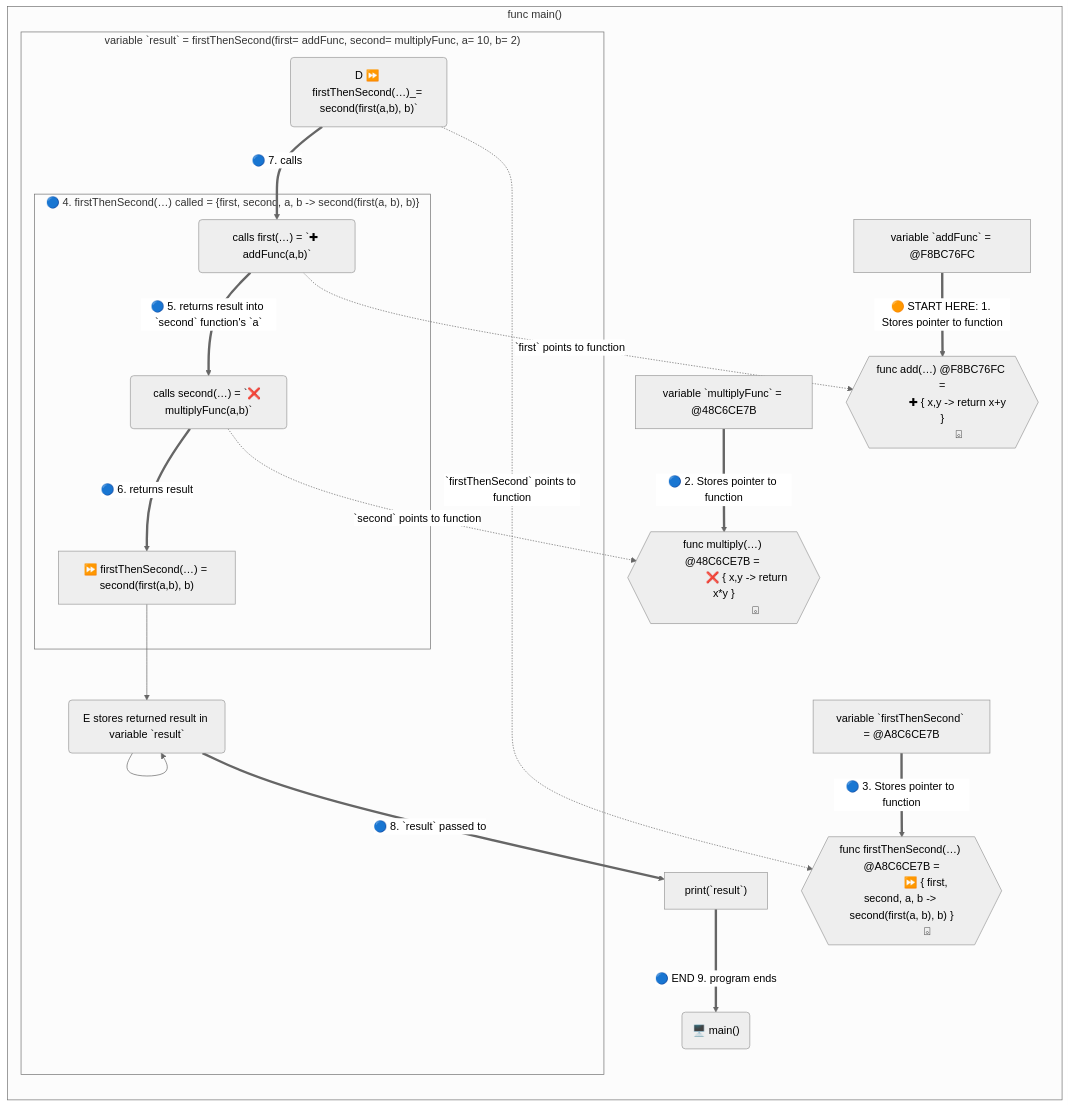
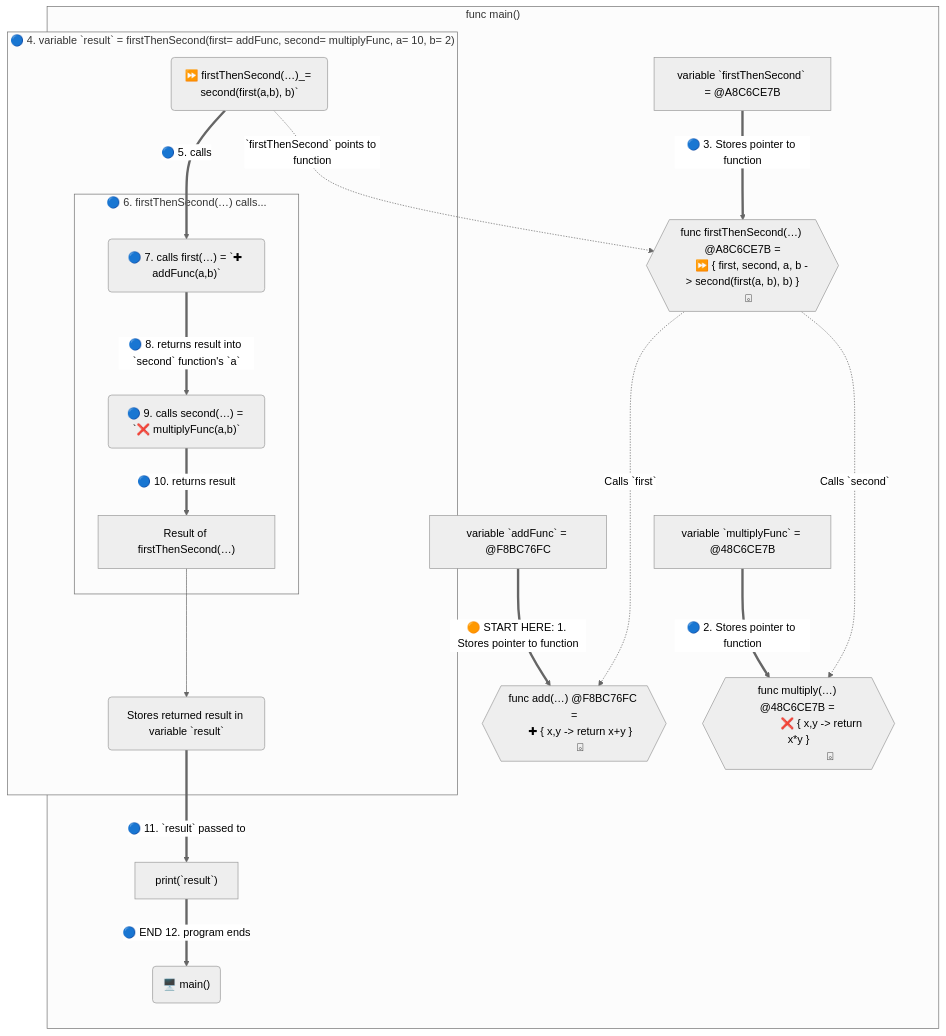
Before and after one commit to realityexpander/How_to_program_from_ground_up: the second of 2 diagrams in 10-FunctionalProgramming.md, drawn with Mermaid (neutral theme).

Commit message:
improve diagram

````diff
--- a/10-FunctionalProgramming.md
+++ b/10-FunctionalProgramming.md
@@ -77,34 +77,39 @@
 ```mermaid
- flowchart LR
+ flowchart BT
  
  subgraph main["func main()"]
+    
+
     X["variable `addFunc` = @F8BC76FC"] ==>|🟠 START HERE: 1. Stores pointer to function| addFn{{" func add(…) @F8BC76FC =
-           ✚ { x,y -> return x+y } 
-           ⌺"}}
+    ✚ { x,y -> return x+y }
+    ⌺"}}
     Y["variable `multiplyFunc` = @48C6CE7B"] ==>|🔵 2. Stores pointer to function| multiplyFn{{" func multiply(…) @48C6CE7B = 
                 ❌ { x,y -> return x*y }
                      ⌺"}}
     Z["variable `firstThenSecond` = @A8C6CE7B"] ==>|🔵 3. Stores pointer to function| firstThenSecondFunc{{" func firstThenSecond(…) @A8C6CE7B =
-                 ⏩ { first, second, a, b -> second(first(a, b), b) }
-                 ⌺"}}
-    first -.->|`first` points to function| addFn
-    second -.->|`second` points to function| multiplyFn
-    D -.....->|`firstThenSecond` points to function| firstThenSecondFunc
-    subgraph result[" variable `result` = firstThenSecond(first= addFunc, second= multiplyFunc, a= 10, b= 2)"]
-       resultInner["⏩ firstThenSecond(…) = second(first(a,b), b)"] --> E
-       D("D ⏩ firstThenSecond(…)_= second(first(a,b), b)`") ==>|🔵 7. calls| first
-       subgraph firstThenSecond[" 🔵 4. firstThenSecond(…) called = {first, second, a, b -> second(first(a, b), b)}"]
-          first("calls first(…) = `✚ addFunc(a,b)`")==>|🔵 5. returns result into `second` function's `a` | second
+      ⏩ { first, second, a, b -> second(first(a, b), b) }
+    ⌺"}}
+    
+%%    first -..->|`first` points to function| addFn
+%%    second -...->|`second` points to function| multiplyFn
+    D -.->|`firstThenSecond` points to function| firstThenSecondFunc
+    firstThenSecondFunc -...->|Calls `first`| addFn
+    firstThenSecondFunc -...->|Calls `second`| multiplyFn
+    
+    subgraph result["🔵 4. variable `result` = firstThenSecond(first= addFunc, second= multiplyFunc, a= 10, b= 2)"]
+       resultInner["Result of firstThenSecond(…)"] --> E
+       D("⏩ firstThenSecond(…)_= second(first(a,b), b)`") ==>|🔵 5. calls| first
+       subgraph firstThenSecond[" 🔵 6. firstThenSecond(…) calls..."]
+          first("🔵 7. calls first(…) = `✚ addFunc(a,b)`")==>|🔵 8. returns result into `second` function's `a` | second
 %%          second("calls second(…) = `❌ multiplyFunc(a,b)`") ==>|🔵 6. returns result| D
-          second("calls second(…) = `❌ multiplyFunc(a,b)`") ==>|🔵 6. returns result| resultInner
+          second("🔵 9. calls second(…) = `❌ multiplyFunc(a,b)`") ==>|🔵 10. returns result| resultInner
           
        end
     end
-    E("E stores returned result in variable `result`") ==>|🔵 8. `result` passed to| F
-    E --> E
-    F["print(`result`)"]==>|🔵 END 9. program ends| G
+    E("Stores returned result in variable `result`") ==>|🔵 11. `result` passed to| F
+    F["print(`result`)"]==>|🔵 END 12. program ends| G
  end
  G("🖥️ main()")
  
  
  ```
````
